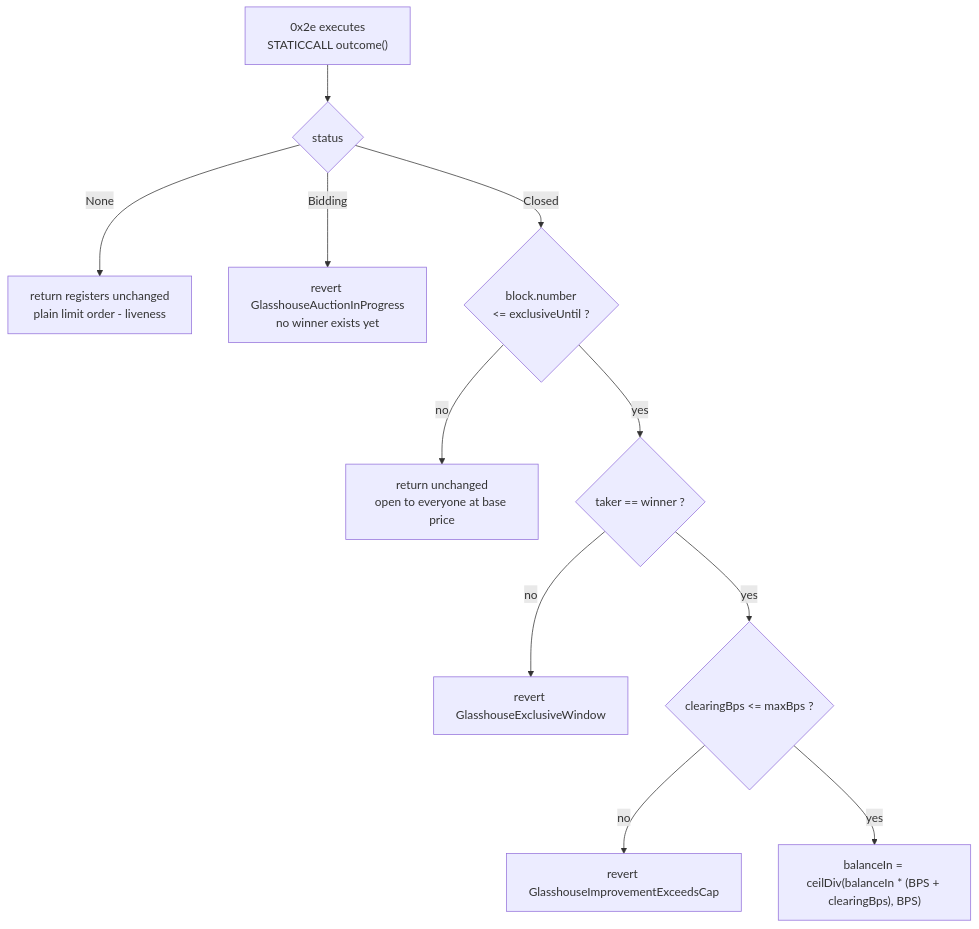
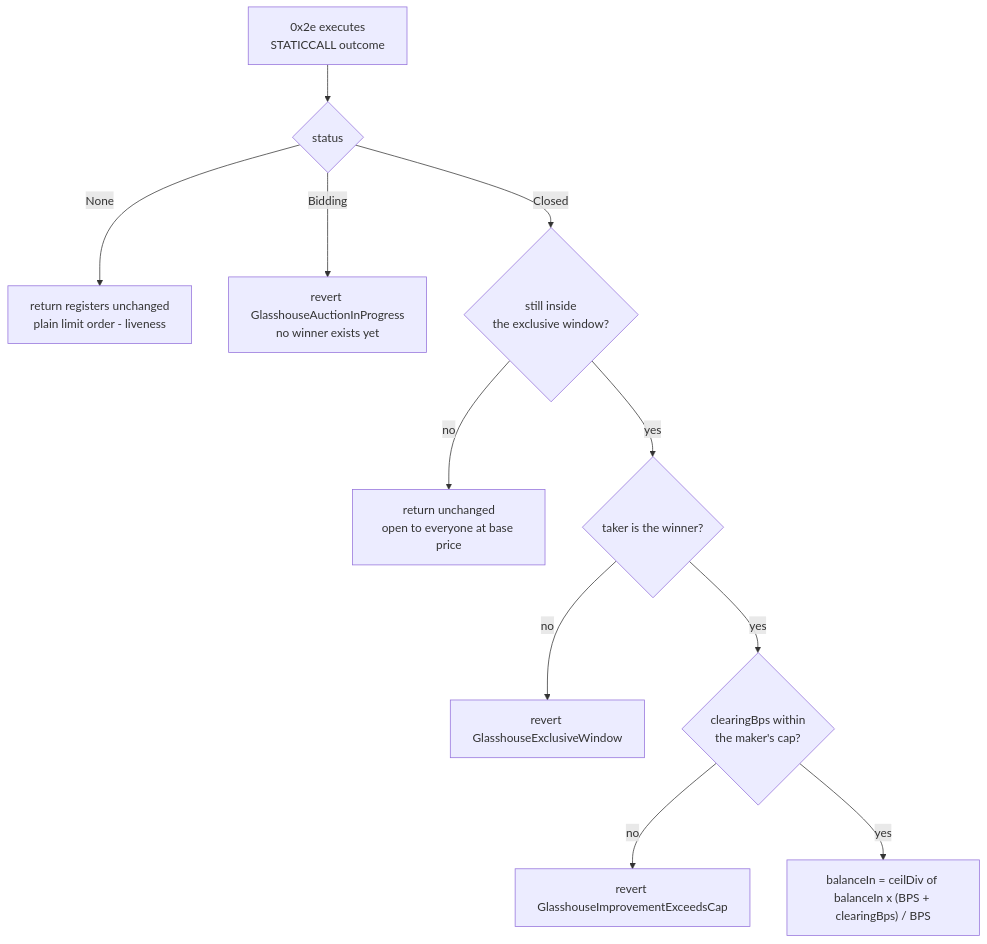
One commit to IIITManjeet/Glasshouse changed the fourth of 5 diagrams in docs/design/HLD.md. Above: the diagram before and after it, drawn with Mermaid. The commit also changed other lines of this file, not shown here.

First line of the commit message:
docs: HLD -- system context, trust model, lifecycle flows

````diff
--- a/docs/design/HLD.md
+++ b/docs/design/HLD.md
@@ -420,13 +420,13 @@
 ```mermaid
 flowchart TD
-  start["0x2e executes<br/>STATICCALL outcome()"] --> st{"status"}
+  start["0x2e executes<br/>STATICCALL outcome"] --> st{"status"}
   st -->|"None"| pass1["return registers unchanged<br/>plain limit order - liveness"]
   st -->|"Bidding"| rev1["revert GlasshouseAuctionInProgress<br/>no winner exists yet"]
-  st -->|"Closed"| win{"block.number<br/>&lt;= exclusiveUntil ?"}
+  st -->|"Closed"| win{"still inside<br/>the exclusive window?"}
   win -->|"no"| pass2["return unchanged<br/>open to everyone at base price"]
-  win -->|"yes"| who{"taker == winner ?"}
+  win -->|"yes"| who{"taker is the winner?"}
   who -->|"no"| rev2["revert GlasshouseExclusiveWindow"]
-  who -->|"yes"| cap{"clearingBps &lt;= maxBps ?"}
+  who -->|"yes"| cap{"clearingBps within<br/>the maker's cap?"}
   cap -->|"no"| rev3["revert GlasshouseImprovementExceedsCap"]
-  cap -->|"yes"| adj["balanceIn = ceilDiv(balanceIn * (BPS + clearingBps), BPS)"]
+  cap -->|"yes"| adj["balanceIn = ceilDiv of balanceIn x (BPS + clearingBps) / BPS"]
 ```
````
